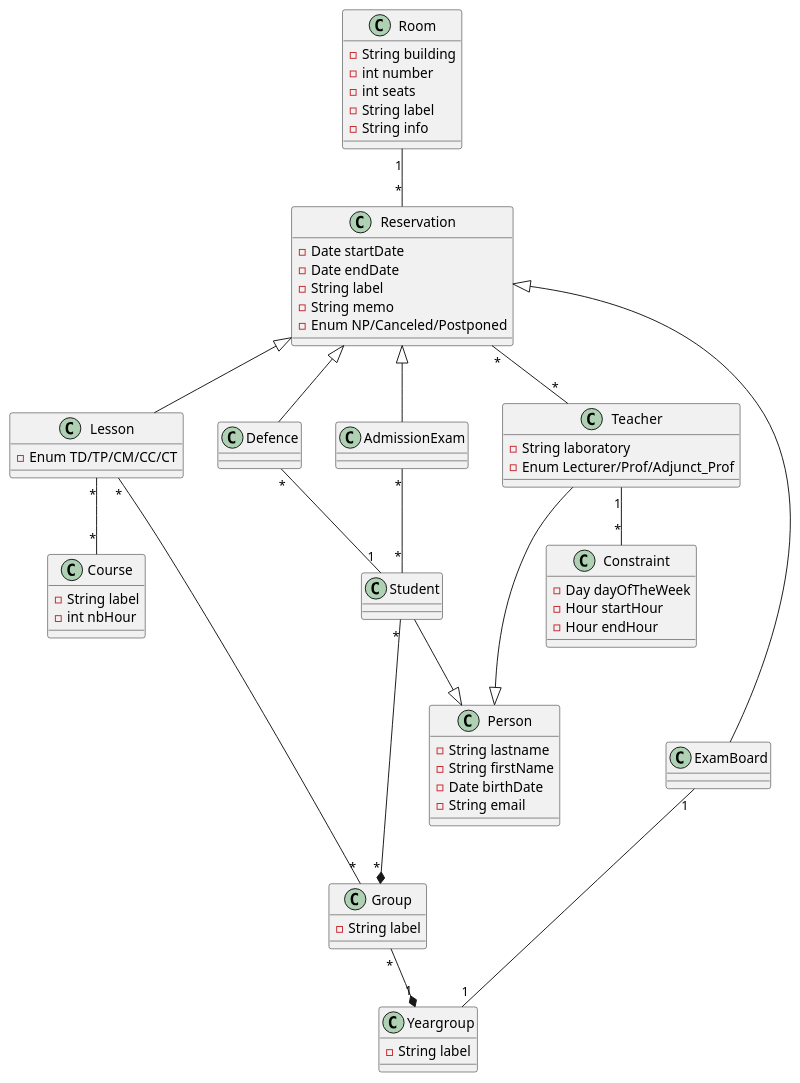
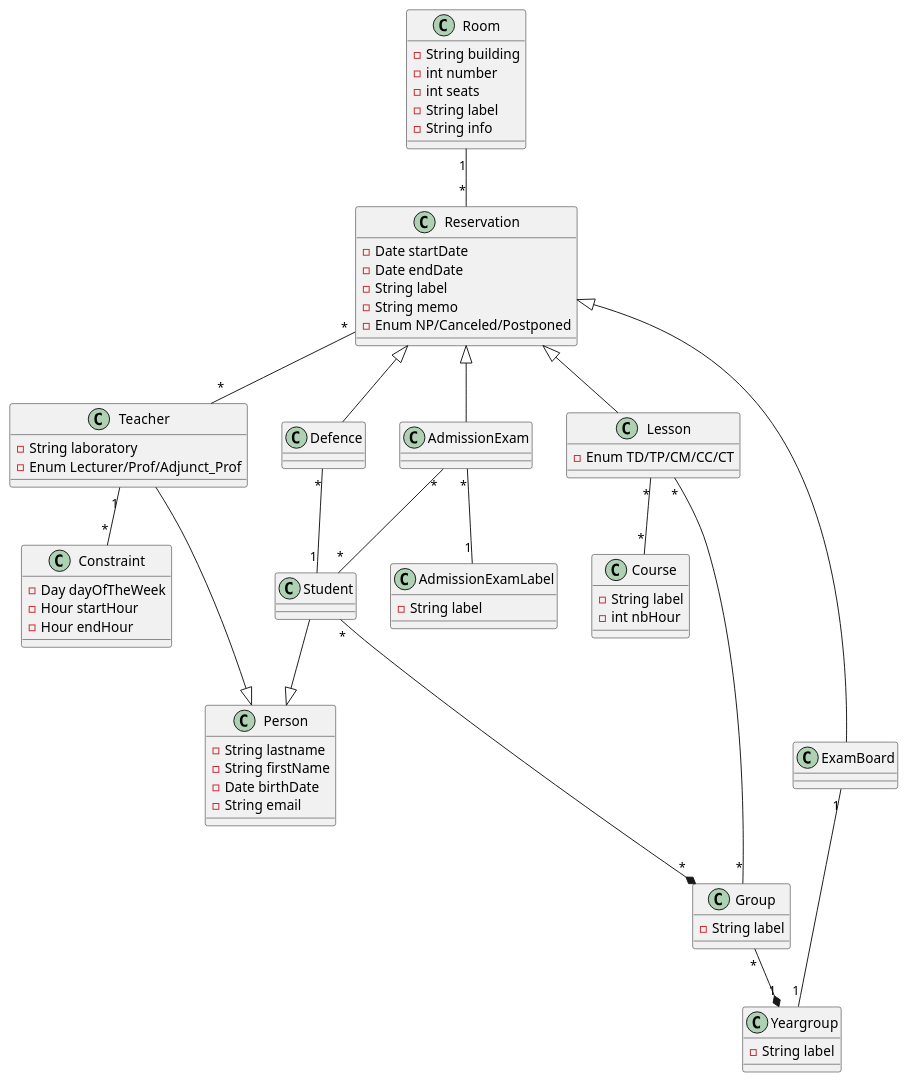
The diagram in ClassDiagram.iuml (El-Sashok/UltraPlanning), drawn with PlantUML before and after one commit.

```diff
--- a/ClassDiagram.iuml
+++ b/ClassDiagram.iuml
@@ -1,92 +1,98 @@
 @startuml
 
 class Room {
     -String building
     -int number
     -int seats
     -String label
     -String info
 }
 
 class Lesson {
     -Enum TD/TP/CM/CC/CT
 }
 
 class Person {
     -String lastname
     -String firstName
     -Date birthDate
     -String email
 }
 
 class Yeargroup {
     -String label
 }
 
 class Course {
     -String label
     -int nbHour
 }
 
 class Constraint {
     -Day dayOfTheWeek
     -Hour startHour
     -Hour endHour
 }
 
 class Group {
     -String label
 }
 
 class Student
 
 class Teacher {
     -String laboratory
     -Enum Lecturer/Prof/Adjunct_Prof
 }
 
 class Reservation {
     -Date startDate
     -Date endDate
     -String label
     -String memo
     -Enum NP/Canceled/Postponed
 }
 
 class ExamBoard
 
 class AdmissionExam 
 
+class AdmissionExamLabel {
+    -String label
+}
+
+AdmissionExam "*" -- "1" AdmissionExamLabel
+
 Room "1" -- "*" Reservation
 
 Student "*" --* "*" Group
 
 Group "*" --* "1" Yeargroup 
 
 Lesson "*" ---- "*" Group
 
 Lesson "*" -- "*" Course
 
 Teacher "1" -- "*" Constraint
 
 Lesson -up-|> Reservation
 
 Defence -up-|> Reservation
 
 ExamBoard -up-|> Reservation
 
 AdmissionExam -up-|> Reservation
 
 Student --|> Person
 
 Teacher --|> Person
 
 AdmissionExam "*" -- "*" Student
 
 Reservation "*" -- "*" Teacher
 
 ExamBoard "1" -- "1" Yeargroup
 
 Defence "*" -- "1" Student
 
 @enduml
```
